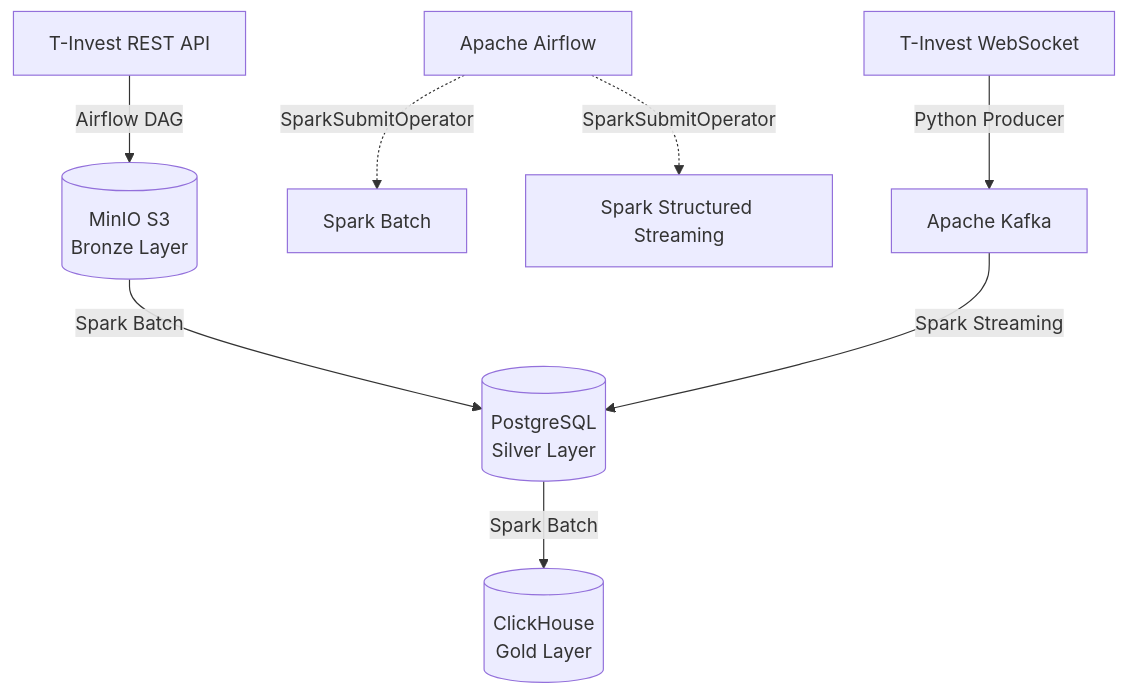
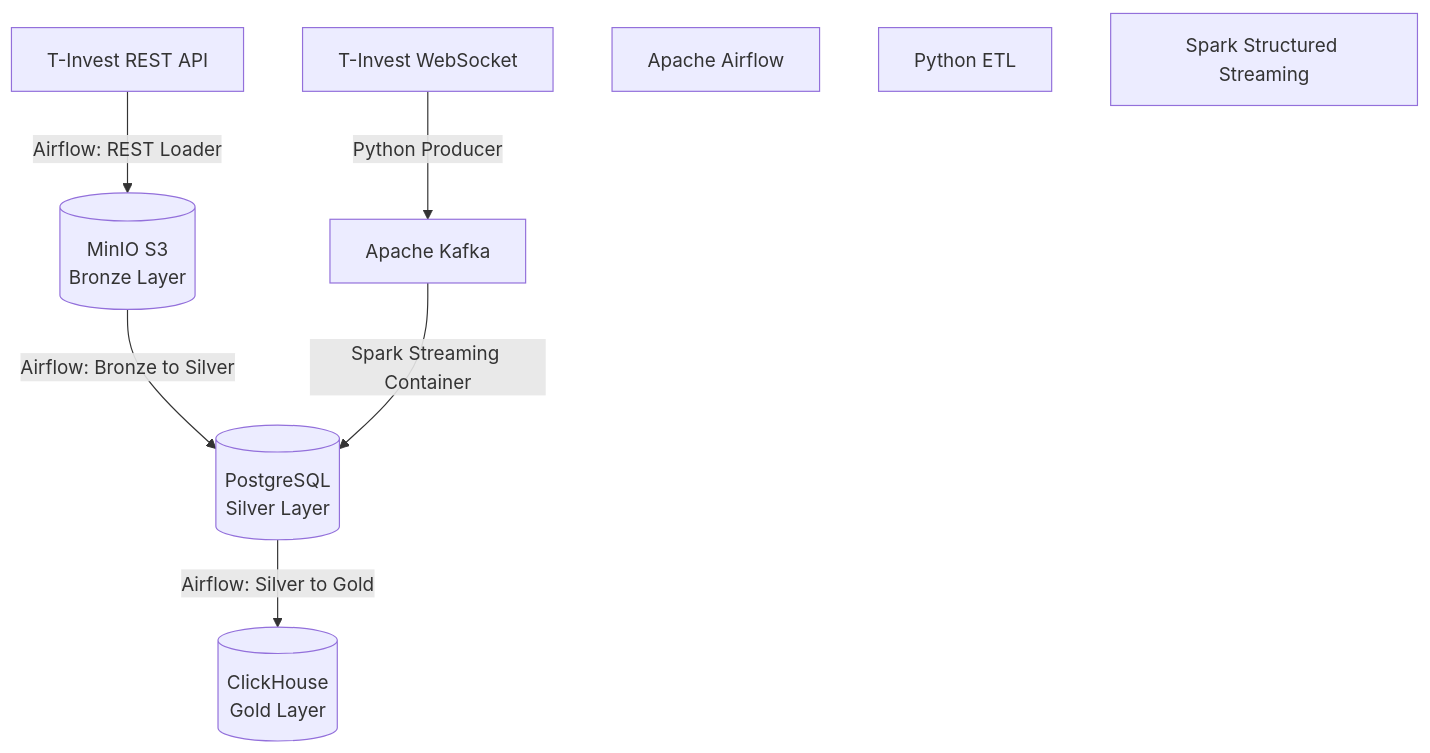
Before and after one commit to Mifestos/tinvest-flow: the first of 2 diagrams in README.md, drawn with Mermaid. The commit also changed other lines of this file, not shown here.

````diff
--- a/README.md
+++ b/README.md
@@ -21,32 +21,30 @@
 ```mermaid
 graph TD
     %% Sources
     API_REST[T-Invest REST API]
     API_WS[T-Invest WebSocket]
     
     %% Orchestration
     Airflow[Apache Airflow]
 
     %% Streaming
     Kafka[Apache Kafka]
 
     %% Processing
-    Spark_Batch[Spark Batch]
+    PyBatch[Python ETL]
     Spark_Stream[Spark Structured Streaming]
 
     %% Storage
     MinIO[(MinIO S3\nBronze Layer)]
     Postgres[(PostgreSQL\nSilver Layer)]
     ClickHouse[(ClickHouse\nGold Layer)]
 
     %% Batch Flow
-    API_REST -->|Airflow DAG| MinIO
-    MinIO -->|Spark Batch| Postgres
-    Airflow -.->|SparkSubmitOperator| Spark_Batch
-    Postgres -->|Spark Batch| ClickHouse
+    API_REST -->|Airflow: REST Loader| MinIO
+    MinIO -->|Airflow: Bronze to Silver| Postgres
+    Postgres -->|Airflow: Silver to Gold| ClickHouse
 
     %% Streaming Flow
     API_WS -->|Python Producer| Kafka
-    Kafka -->|Spark Streaming| Postgres
-    Airflow -.->|SparkSubmitOperator| Spark_Stream
+    Kafka -->|Spark Streaming Container| Postgres
 ```
````
